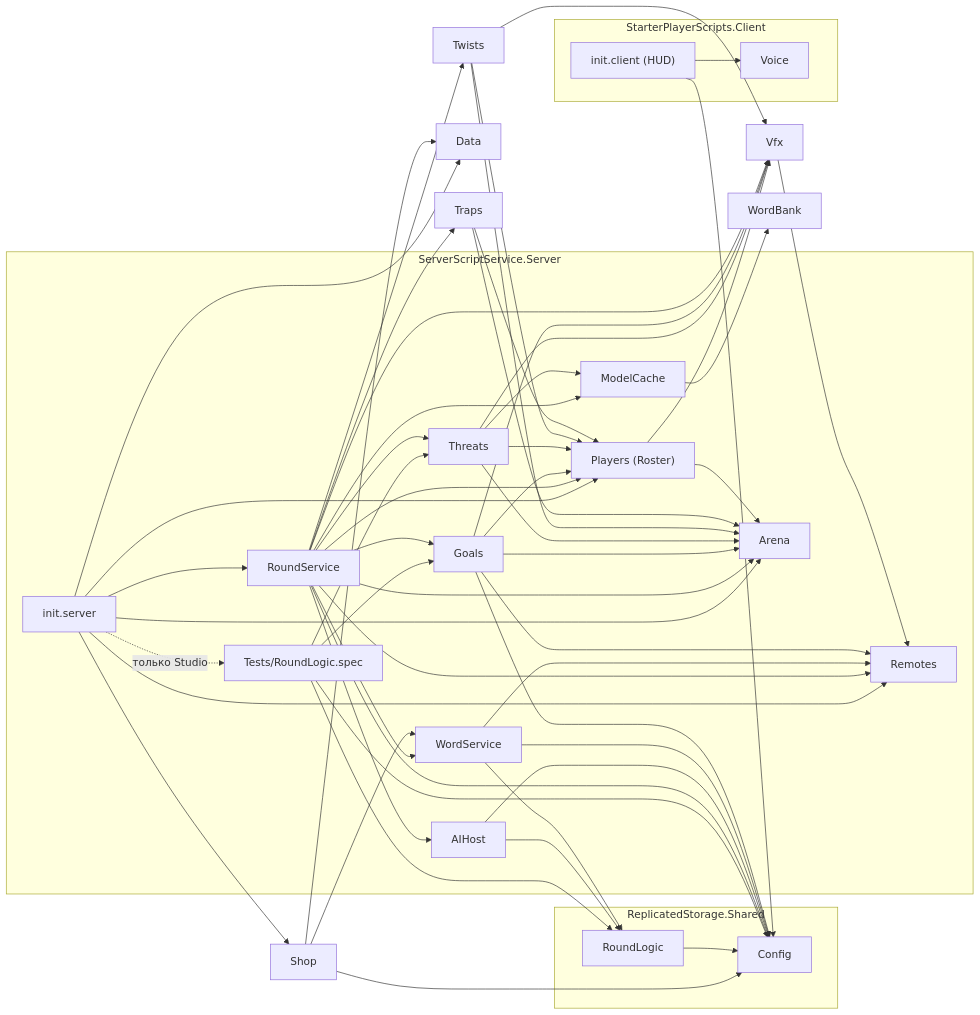
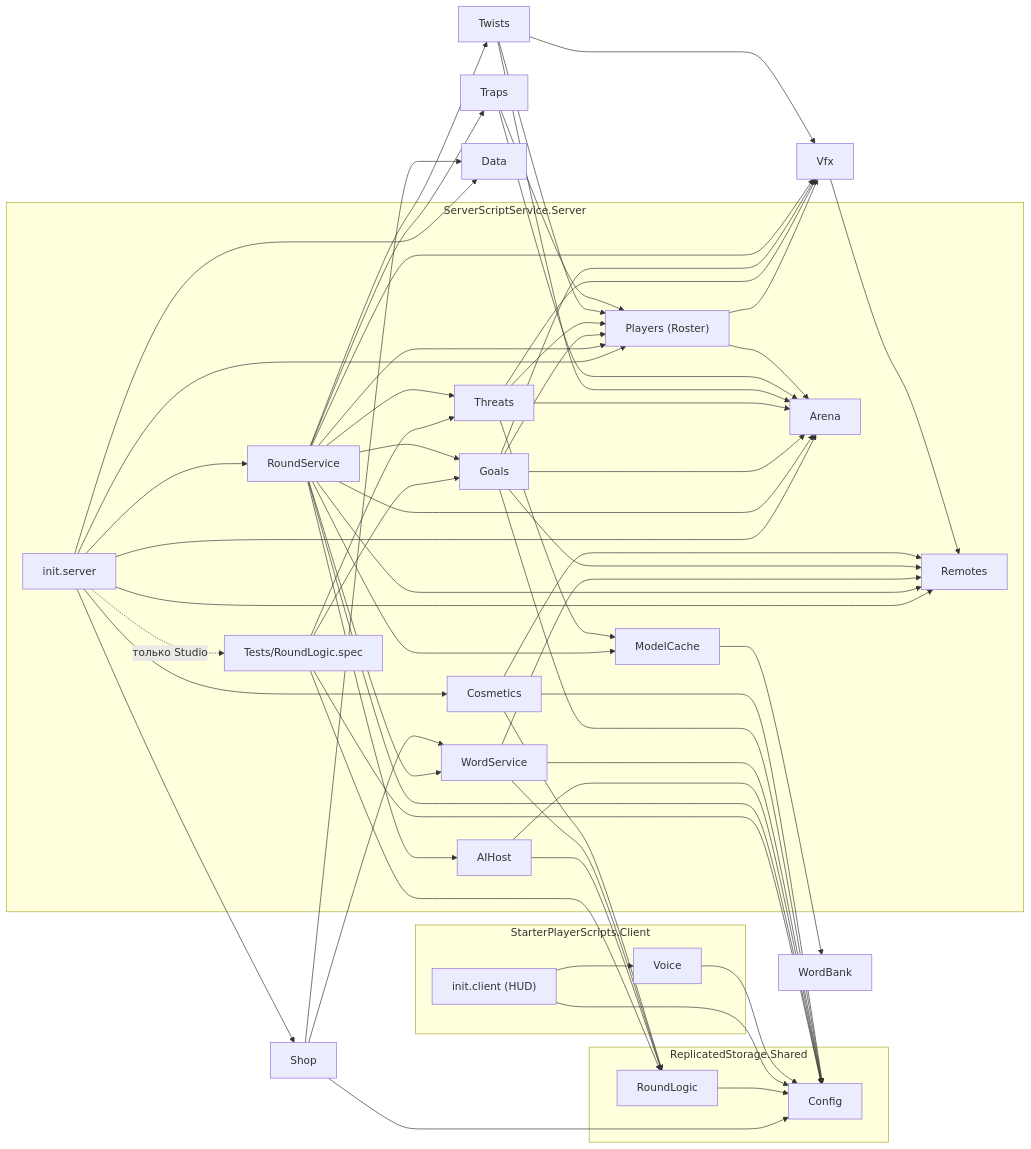
Before and after one commit to HageZERO2/AI-SAYS: the first of 3 diagrams in docs/GRAPH.md, drawn with Mermaid. The commit also changed other lines of this file and 12 other files, not shown here.

````diff
--- a/docs/GRAPH.md
+++ b/docs/GRAPH.md
@@ -7,42 +7,45 @@
 ```mermaid
 graph LR
   subgraph Shared["ReplicatedStorage.Shared"]
     Config
     RoundLogic
   end
   subgraph Server["ServerScriptService.Server"]
     init["init.server"]
     Spec["Tests/RoundLogic.spec"]
     RoundService
     AIHost
     Goals
     Threats
     Players["Players (Roster)"]
     Arena
     WordService
+    Cosmetics
     ModelCache
     Remotes
   end
   subgraph Client["StarterPlayerScripts.Client"]
     initc["init.client (HUD)"]
     Voice
   end
 
-  init --> Remotes & Arena & Data & Shop & Players & RoundService
+  init --> Remotes & Arena & Data & Shop & Cosmetics & Players & RoundService
   init -. только Studio .-> Spec
   Spec --> RoundLogic & Config & Goals & Threats
   RoundService --> AIHost & Goals & Threats & Traps & Twists & Players & Arena & WordService & ModelCache & Remotes & Config
   AIHost --> RoundLogic & Config
   WordService --> RoundLogic & Config & Remotes
   Goals --> Arena & Players & Config & Remotes
   Threats --> Arena & Players & ModelCache
   Twists --> Arena & Players
   Traps --> Arena & Players
   Shop --> Data & WordService & Config
+  Cosmetics --> RoundLogic & Config & Remotes
   Players & Threats & Goals & Twists & RoundService --> Vfx
   Vfx --> Remotes
   ModelCache --> WordBank
   Players --> Arena
   RoundLogic --> Config
   initc --> Voice & Config
+  Voice --> Config
 ```
````
